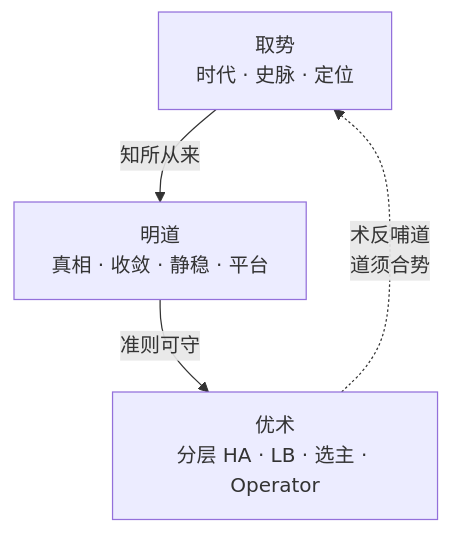
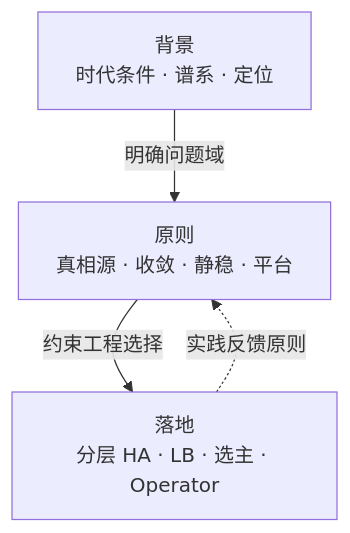
The first of 3 diagrams in kubernetes-design-philosophy.md (xiaxinyu/knowledge_base), drawn with Mermaid before and after one commit. The commit also changed other lines of this file, not shown here.

````diff
--- a/kubernetes-design-philosophy.md
+++ b/kubernetes-design-philosophy.md
@@ -56,10 +44,10 @@
 ```mermaid
 flowchart TB
-  Shi["取势<br/>时代 · 史脉 · 定位"]
-  Dao["明道<br/>真相 · 收敛 · 静稳 · 平台"]
-  Shu["优术<br/>分层 HA · LB · 选主 · Operator"]
+  Ctx["背景<br/>时代条件 · 谱系 · 定位"]
+  Prin["原则<br/>真相源 · 收敛 · 静稳 · 平台"]
+  Eng["落地<br/>分层 HA · LB · 选主 · Operator"]
 
-  Shi -->|"知所从来"| Dao
-  Dao -->|"准则可守"| Shu
-  Shu -.->|"术反哺道<br/>道须合势"| Shi
+  Ctx -->|"明确问题域"| Prin
+  Prin -->|"约束工程选择"| Eng
+  Eng -.->|"实践反馈原则"| Prin
 ```
````
